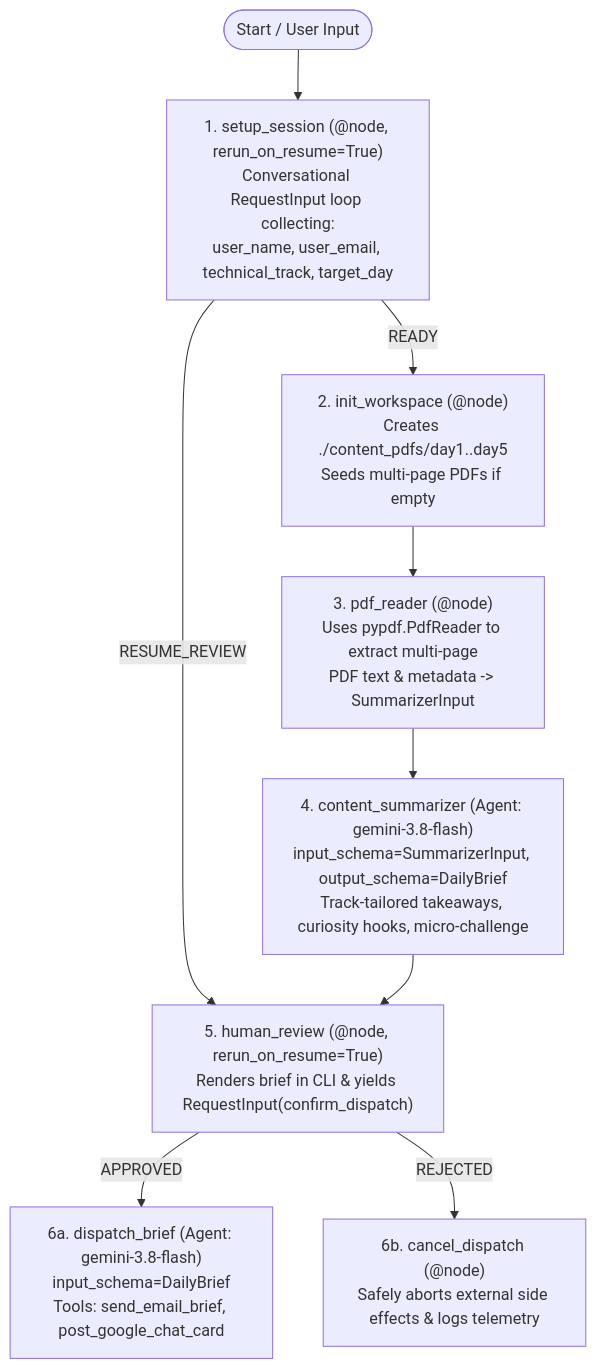
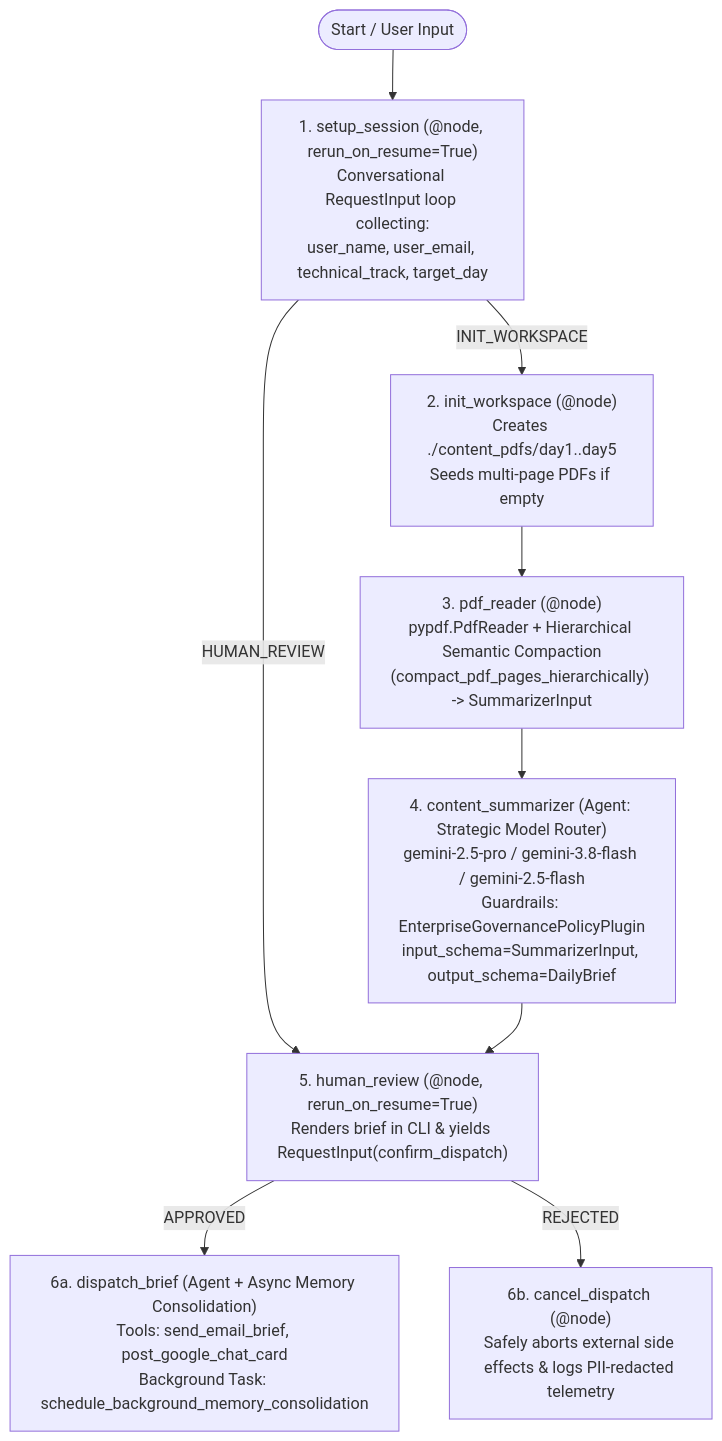
Before and after one commit to KMRafee/ai-in-5-days-agent: the diagram in README.md, drawn with Mermaid. The commit also changed other lines of this file and 5 other files, not shown here.

Commit message:
Feat: Add LLM self-correction instructions, ADK EventsCompactionConfig & async memory consolidation, multi-model routing & governance guardrails, and PII-redacted before/after tool telemetry

````diff
--- a/README.md
+++ b/README.md
@@ -9,11 +9,11 @@
 ```mermaid
 flowchart TD
     Start(["Start / User Input"]) --> Setup["1. setup_session (@node, rerun_on_resume=True)<br/>Conversational RequestInput loop collecting:<br/>user_name, user_email, technical_track, target_day"]
-    Setup -->|READY| InitWS["2. init_workspace (@node)<br/>Creates ./content_pdfs/day1..day5<br/>Seeds multi-page PDFs if empty"]
-    Setup -->|RESUME_REVIEW| HumanReview
-    InitWS --> PdfReader["3. pdf_reader (@node)<br/>Uses pypdf.PdfReader to extract multi-page<br/>PDF text & metadata -> SummarizerInput"]
-    PdfReader --> Summarizer["4. content_summarizer (Agent: gemini-3.8-flash)<br/>input_schema=SummarizerInput, output_schema=DailyBrief<br/>Track-tailored takeaways, curiosity hooks, micro-challenge"]
+    Setup -->|INIT_WORKSPACE| InitWS["2. init_workspace (@node)<br/>Creates ./content_pdfs/day1..day5<br/>Seeds multi-page PDFs if empty"]
+    Setup -->|HUMAN_REVIEW| HumanReview
+    InitWS --> PdfReader["3. pdf_reader (@node)<br/>pypdf.PdfReader + Hierarchical Semantic Compaction<br/>(compact_pdf_pages_hierarchically) -> SummarizerInput"]
+    PdfReader --> Summarizer["4. content_summarizer (Agent: Strategic Model Router)<br/>gemini-2.5-pro / gemini-3.8-flash / gemini-2.5-flash<br/>Guardrails: EnterpriseGovernancePolicyPlugin<br/>input_schema=SummarizerInput, output_schema=DailyBrief"]
     Summarizer --> HumanReview["5. human_review (@node, rerun_on_resume=True)<br/>Renders brief in CLI & yields RequestInput(confirm_dispatch)"]
-    HumanReview -->|APPROVED| Dispatch["6a. dispatch_brief (Agent: gemini-3.8-flash)<br/>input_schema=DailyBrief<br/>Tools: send_email_brief, post_google_chat_card"]
-    HumanReview -->|REJECTED| Cancel["6b. cancel_dispatch (@node)<br/>Safely aborts external side effects & logs telemetry"]
+    HumanReview -->|APPROVED| Dispatch["6a. dispatch_brief (Agent + Async Memory Consolidation)<br/>Tools: send_email_brief, post_google_chat_card<br/>Background Task: schedule_background_memory_consolidation"]
+    HumanReview -->|REJECTED| Cancel["6b. cancel_dispatch (@node)<br/>Safely aborts external side effects & logs PII-redacted telemetry"]
 ```
````
